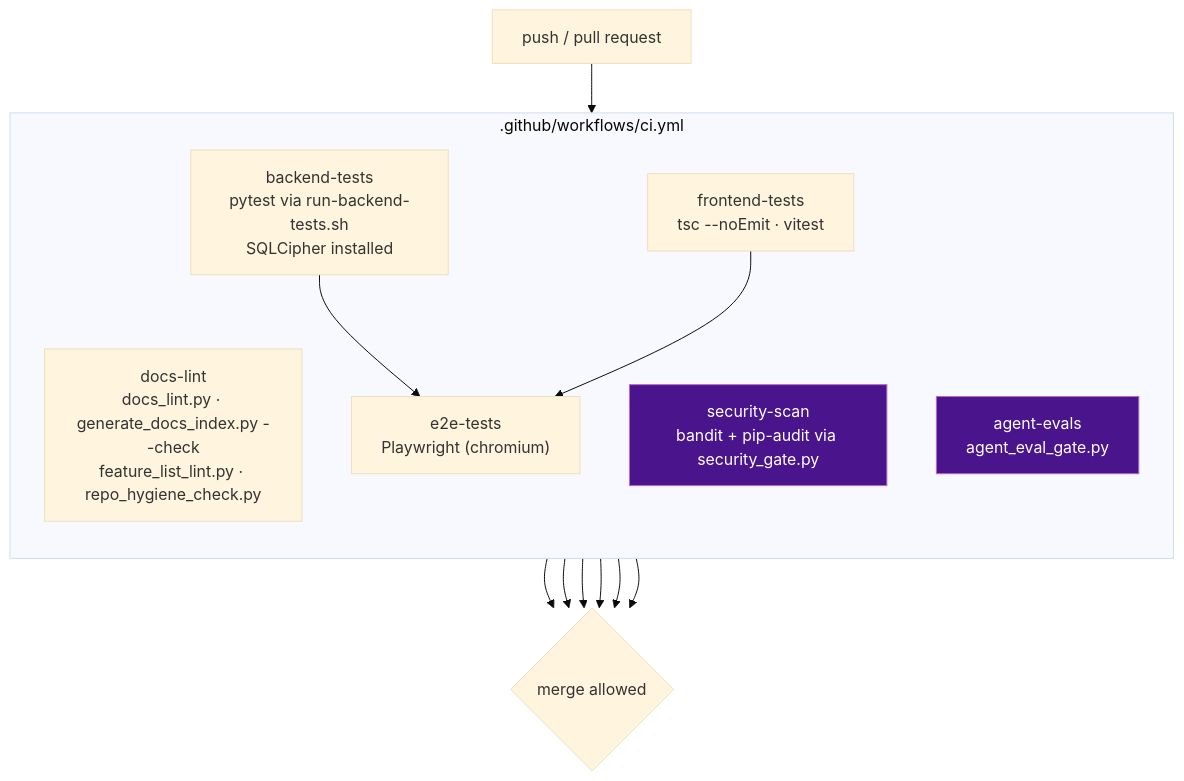
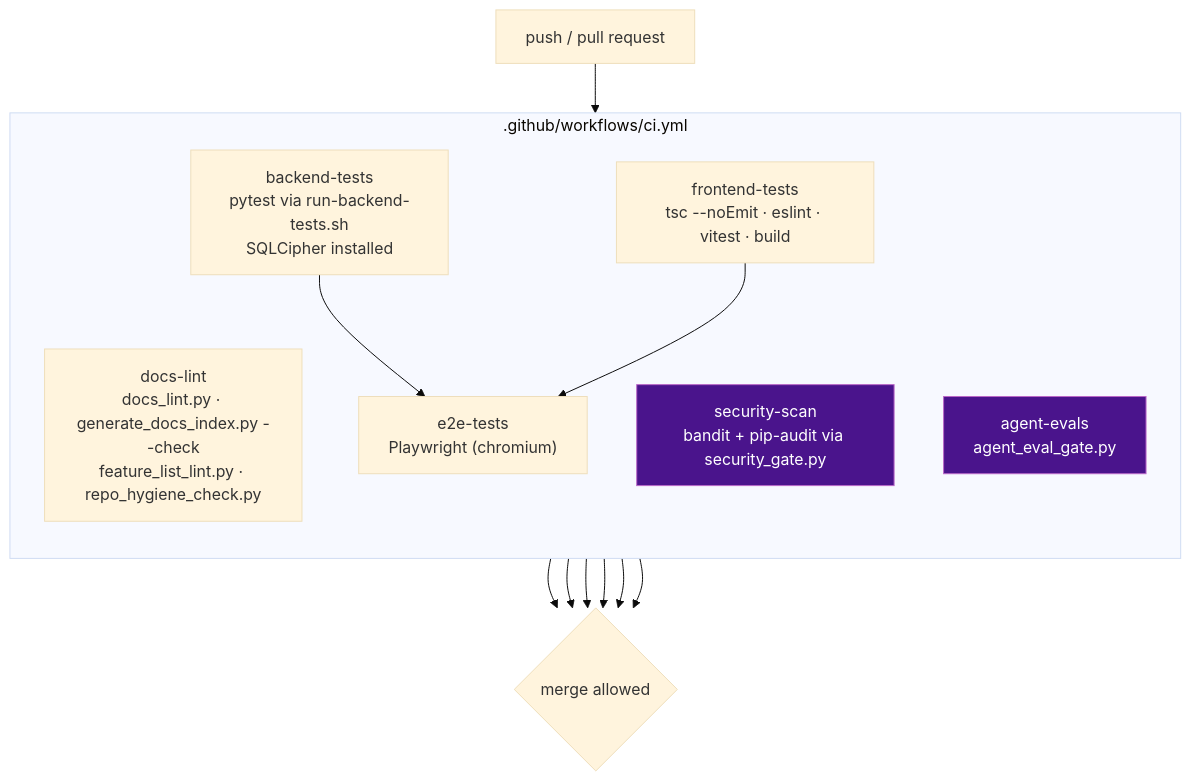
The diagram in docs/architecture/ci-and-quality-gates.md (BrooklynD23/HealthCentral), drawn with Mermaid (base theme) before and after one commit. The commit also changed other lines of this file and 3 other files, not shown here.

````diff
--- a/docs/architecture/ci-and-quality-gates.md
+++ b/docs/architecture/ci-and-quality-gates.md
@@ -11,27 +11,27 @@
 ```mermaid
 flowchart TD
     PUSH["push / pull request"] --> JOBS
 
     subgraph JOBS[".github/workflows/ci.yml"]
         direction TB
         DOCS["docs-lint<br/>docs_lint.py · generate_docs_index.py --check<br/>feature_list_lint.py · repo_hygiene_check.py"]
         BE["backend-tests<br/>pytest via run-backend-tests.sh<br/>SQLCipher installed"]
-        FE["frontend-tests<br/>tsc --noEmit · vitest"]
+        FE["frontend-tests<br/>tsc --noEmit · eslint · vitest · build"]
         SEC["security-scan<br/>bandit + pip-audit via security_gate.py"]
         EVAL["agent-evals<br/>agent_eval_gate.py"]
         E2E["e2e-tests<br/>Playwright (chromium)"]
     end
 
     BE --> E2E
     FE --> E2E
 
     DOCS --> MERGE{"merge allowed"}
     BE --> MERGE
     FE --> MERGE
     SEC --> MERGE
     EVAL --> MERGE
     E2E --> MERGE
 
     style EVAL fill:#4a148c,stroke:#ba68c8,color:#fff
     style SEC fill:#4a148c,stroke:#ba68c8,color:#fff
 ```
````
